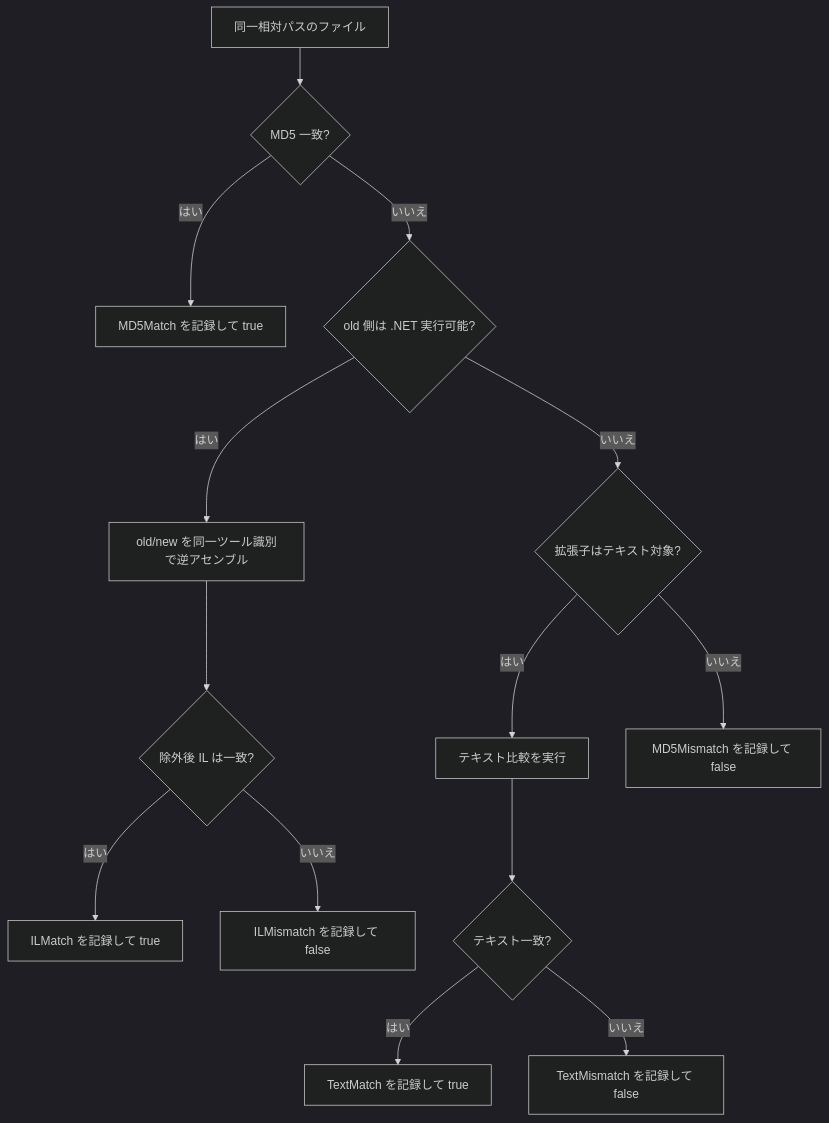
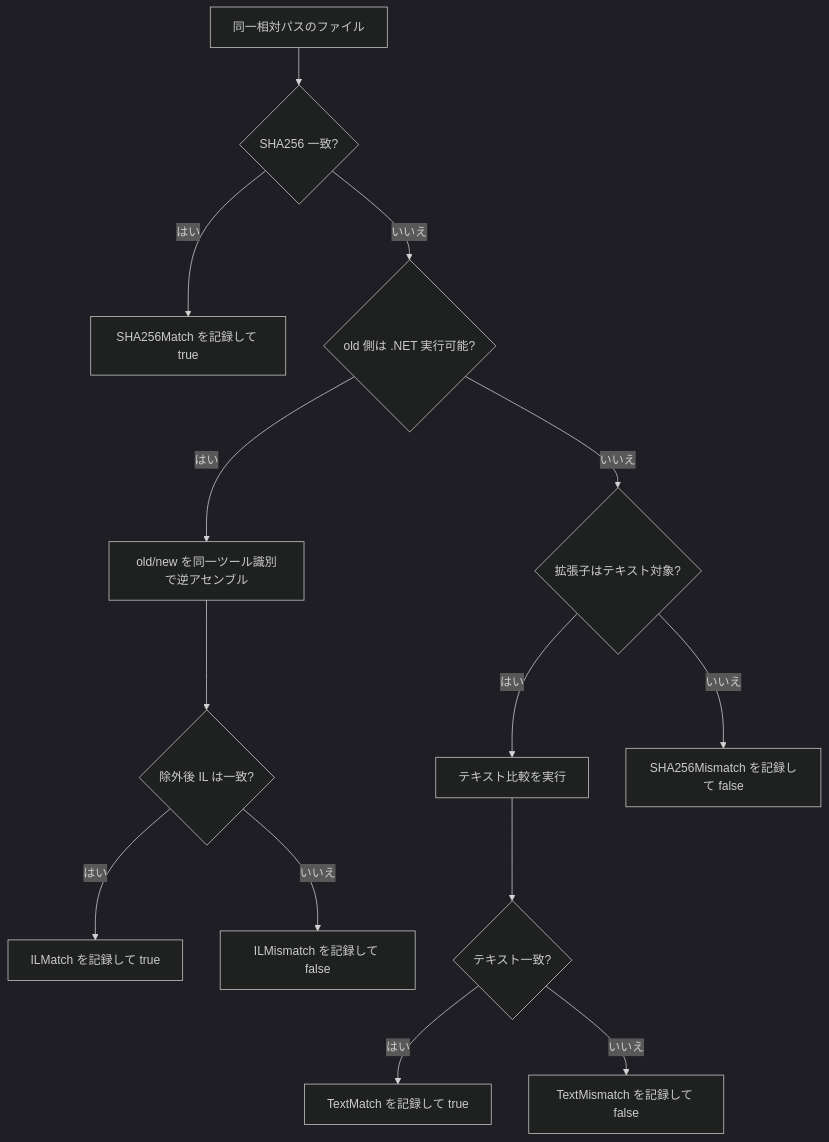
The ninth of 10 diagrams in doc/DEVELOPER_GUIDE.md (Widthdom/FolderDiffIL4DotNet), drawn with Mermaid (dark theme) before and after one commit. The commit also changed other lines of this file and 30 other files, not shown here.

````diff
--- a/doc/DEVELOPER_GUIDE.md
+++ b/doc/DEVELOPER_GUIDE.md
@@ -967,16 +967,16 @@
 ```mermaid
 flowchart TD
-    A["同一相対パスのファイル"] --> B{"MD5 一致?"}
-    B -- "はい" --> C["MD5Match を記録して true"]
+    A["同一相対パスのファイル"] --> B{"SHA256 一致?"}
+    B -- "はい" --> C["SHA256Match を記録して true"]
     B -- "いいえ" --> D{"old 側は .NET 実行可能?"}
     D -- "はい" --> E["old/new を同一ツール識別で逆アセンブル"]
     E --> F{"除外後 IL は一致?"}
     F -- "はい" --> G["ILMatch を記録して true"]
     F -- "いいえ" --> H["ILMismatch を記録して false"]
     D -- "いいえ" --> I{"拡張子はテキスト対象?"}
     I -- "はい" --> J["テキスト比較を実行"]
     J --> K{"テキスト一致?"}
     K -- "はい" --> L["TextMatch を記録して true"]
     K -- "いいえ" --> M["TextMismatch を記録して false"]
-    I -- "いいえ" --> N["MD5Mismatch を記録して false"]
+    I -- "いいえ" --> N["SHA256Mismatch を記録して false"]
 ```
````
